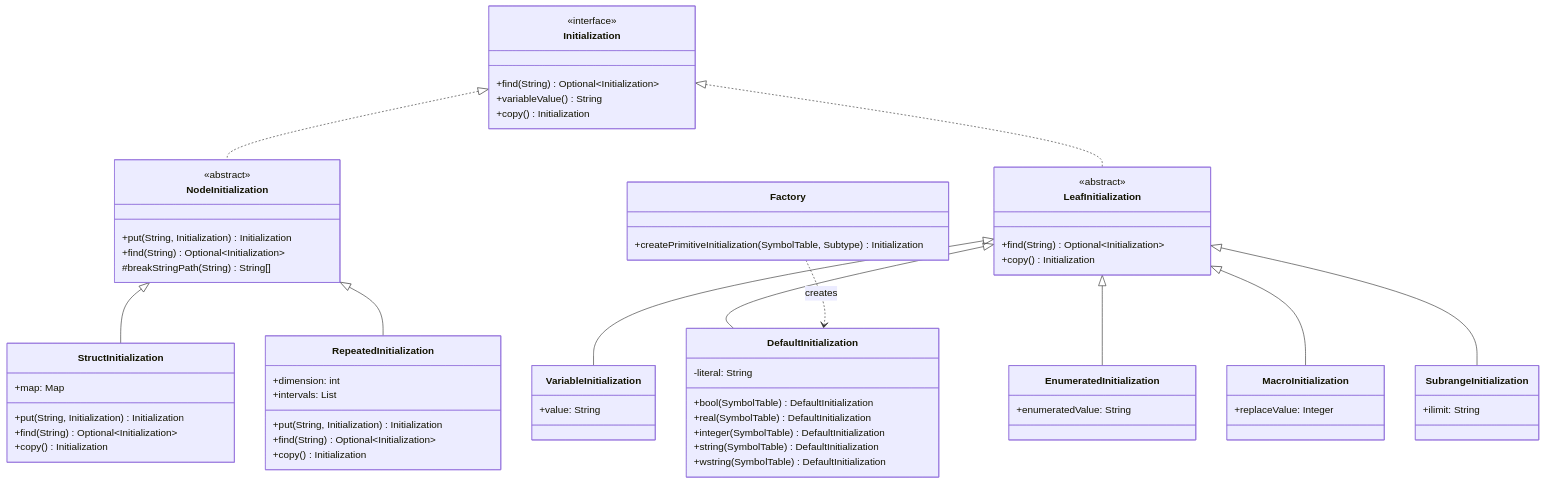
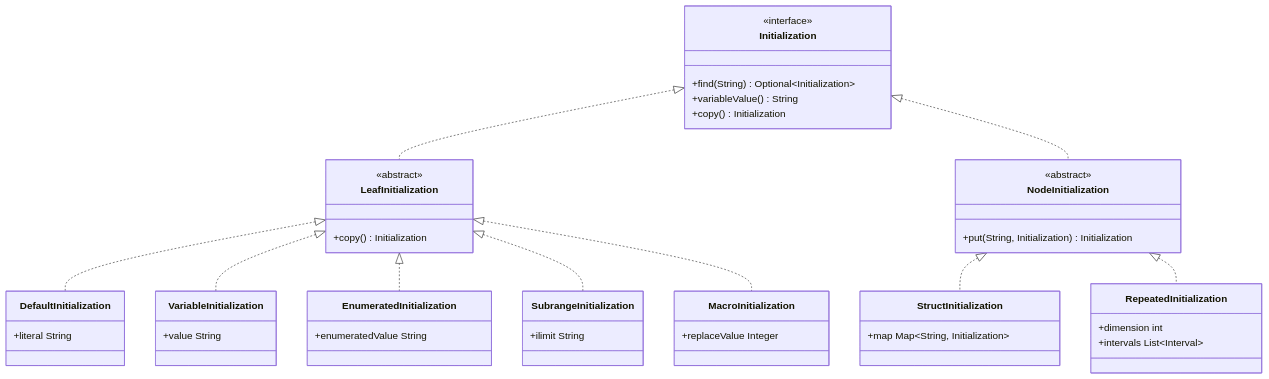
One commit to PascalUser/FLC-IEC61131-7 changed the third of 6 diagrams in doc/modules/parser.md. Above: the diagram before and after it, drawn with Mermaid. The commit also changed other lines of this file and 47 other files, not shown here.

````diff
--- a/doc/modules/parser.md
+++ b/doc/modules/parser.md
@@ -549,66 +552,48 @@
 ```mermaid
 classDiagram
     class Initialization {
         <<interface>>
         +find(String) Optional~Initialization~
         +variableValue() String
         +copy() Initialization
     }
+    class LeafInitialization {
+        <<abstract>>
+        +copy() Initialization
+    }
+    class DefaultInitialization {
+        +literal String
+    }
+    class VariableInitialization {
+        +value String
+    }
+    class EnumeratedInitialization {
+        +enumeratedValue String
+    }
+    class SubrangeInitialization {
+        +ilimit String
+    }
+    class MacroInitialization {
+        +replaceValue Integer
+    }
     class NodeInitialization {
         <<abstract>>
         +put(String, Initialization) Initialization
-        +find(String) Optional~Initialization~
-        #breakStringPath(String) String[]
-    }
-    class LeafInitialization {
-        <<abstract>>
-        +find(String) Optional~Initialization~
-        +copy() Initialization
-    }
-    class VariableInitialization {
-        +value: String
-    }
-    class DefaultInitialization {
-        -literal: String
-        +bool(SymbolTable) DefaultInitialization
-        +real(SymbolTable) DefaultInitialization
-        +integer(SymbolTable) DefaultInitialization
-        +string(SymbolTable) DefaultInitialization
-        +wstring(SymbolTable) DefaultInitialization
-    }
-    class EnumeratedInitialization {
-        +enumeratedValue: String
-    }
-    class MacroInitialization {
-        +replaceValue: Integer
-    }
-    class SubrangeInitialization {
-        +ilimit: String
     }
     class StructInitialization {
-        +map: Map
-        +put(String, Initialization) Initialization
-        +find(String) Optional~Initialization~
-        +copy() Initialization
+        +map Map~String, Initialization~
     }
     class RepeatedInitialization {
-        +dimension: int
-        +intervals: List
-        +put(String, Initialization) Initialization
-        +find(String) Optional~Initialization~
-        +copy() Initialization
+        +dimension int
+        +intervals List~Interval~
     }
-    class Factory {
-        +createPrimitiveInitialization(SymbolTable, Subtype) Initialization
-    }
+    Initialization <|.. LeafInitialization
     Initialization <|.. NodeInitialization
-    Initialization <|.. LeafInitialization
-    NodeInitialization <|-- StructInitialization
-    NodeInitialization <|-- RepeatedInitialization
-    LeafInitialization <|-- VariableInitialization
-    LeafInitialization <|-- DefaultInitialization
-    LeafInitialization <|-- EnumeratedInitialization
-    LeafInitialization <|-- MacroInitialization
-    LeafInitialization <|-- SubrangeInitialization
-    Factory ..> DefaultInitialization : creates
+    LeafInitialization <|.. DefaultInitialization
+    LeafInitialization <|.. VariableInitialization
+    LeafInitialization <|.. EnumeratedInitialization
+    LeafInitialization <|.. SubrangeInitialization
+    LeafInitialization <|.. MacroInitialization
+    NodeInitialization <|.. StructInitialization
+    NodeInitialization <|.. RepeatedInitialization
 ```
````
